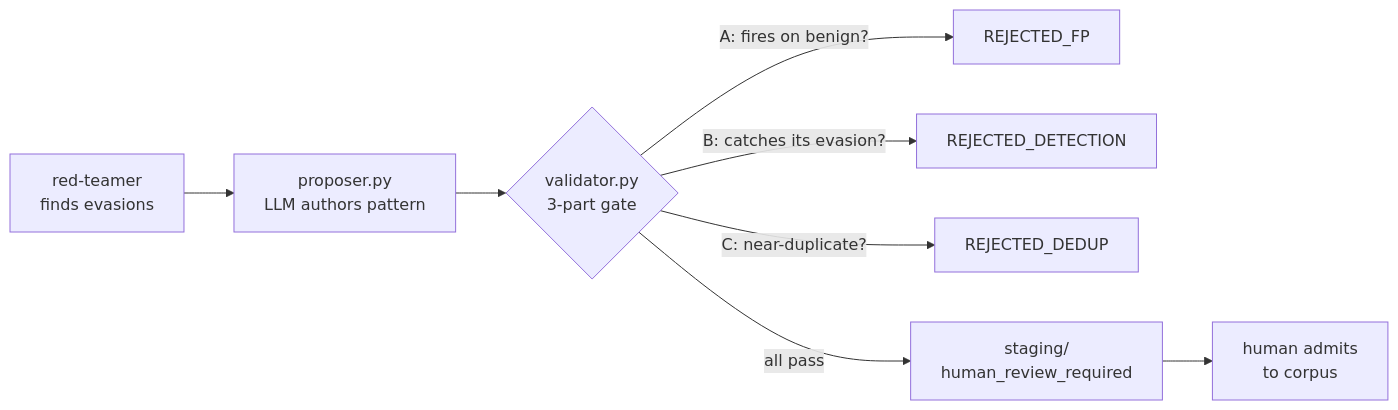
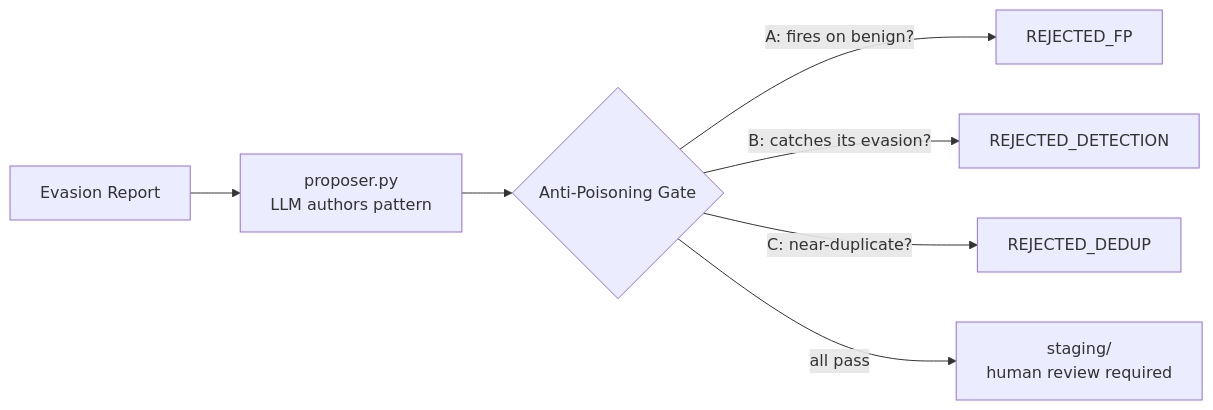
One commit to Ishani018/Kavach changed the fourth of 5 diagrams in README.md. Above: the diagram before and after it, drawn with Mermaid. The commit also changed other lines of this file, not shown here.

````diff
--- a/README.md
+++ b/README.md
@@ -283,10 +145,9 @@
 ```mermaid
 flowchart LR
-  RT["red-teamer<br/>finds evasions"] --> PR["proposer.py<br/>LLM authors pattern"]
-  PR --> GATE{"validator.py<br/>3-part gate"}
-  GATE -->|"A: fires on benign?"| REJ["REJECTED_FP"]
-  GATE -->|"B: catches its evasion?"| REJ2["REJECTED_DETECTION"]
-  GATE -->|"C: near-duplicate?"| REJ3["REJECTED_DEDUP"]
-  GATE -->|"all pass"| STAGE["staging/<br/>human_review_required"]
-  STAGE --> HUMAN["human admits<br/>to corpus"]
+  RT["Evasion Report"] --> PR["proposer.py<br/>LLM authors pattern"]
+  PR --> GA{"Anti-Poisoning Gate"}
+  GA -->|"A: fires on benign?"| R1["REJECTED_FP"]
+  GA -->|"B: catches its evasion?"| R2["REJECTED_DETECTION"]
+  GA -->|"C: near-duplicate?"| R3["REJECTED_DEDUP"]
+  GA -->|"all pass"| ST["staging/<br/>human review required"]
 ```
````
